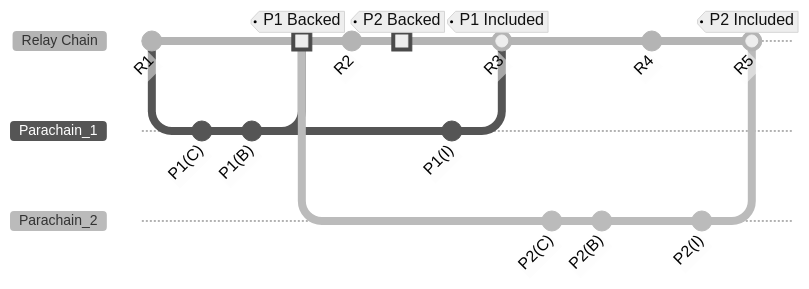
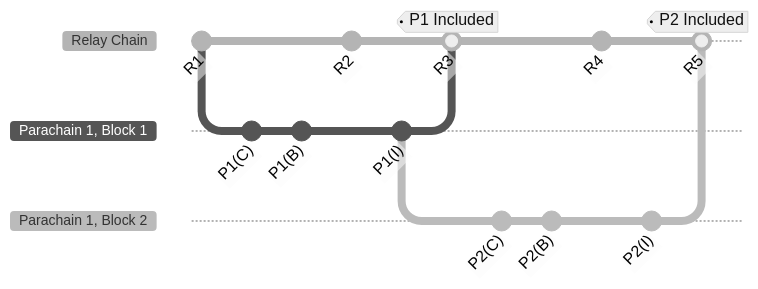
Before and after one commit to w3f/polkadot-wiki: the first of 2 diagrams in docs/learn/learn-async-backing.md, drawn with Mermaid. The commit also changed other lines of this file, not shown here.

Commit message:
fix diagram + clarify

````diff
--- a/docs/learn/learn-async-backing.md
+++ b/docs/learn/learn-async-backing.md
@@ -54,30 +54,25 @@
 ```mermaid
 %%{init: { 'logLevel': 'debug', 'theme': 'neutral', 'themeVariables': { 'fontSize': '14px', 'commitLabelFontSize': '16px', 'tagLabelFontSize': '16px' }, 'gitGraph': {'showBranches': true, 'showCommitLabel':true,'mainBranchName': 'Relay Chain'}} }%%
 gitGraph
 commit id:"R1"
-branch Parachain_1 order: 2
+branch "Parachain 1, Block 1" order: 2
 commit id:"P1(C)"
 commit id:"P1(B)"
 checkout "Relay Chain"
-merge Parachain_1 tag:"P1 Backed" type:HIGHLIGHT
-branch Parachain_2 order: 3
-checkout "Relay Chain"
 commit id:"R2"
 checkout "Relay Chain"
-merge Parachain_2 tag:"P2 Backed" type:HIGHLIGHT
-checkout Parachain_1
+checkout "Parachain 1, Block 1"
 commit id:"P1(I)"
+branch "Parachain 1, Block 2" order: 3
 checkout "Relay Chain"
-merge Parachain_1 tag:"P1 Included" id:"R3"
-checkout Parachain_2
+merge "Parachain 1, Block 1" tag:"P1 Included" id:"R3"
+checkout "Parachain 1, Block 2"
 commit id:"P2(C)"
 commit id:"P2(B)"
-
-
 checkout "Relay Chain"
 commit id:"R4"
-checkout Parachain_2
+checkout "Parachain 1, Block 2"
 commit id:"P2(I)"
 checkout "Relay Chain"
-merge Parachain_2 tag:"P2 Included" id:"R5"
+merge "Parachain 1, Block 2" tag:"P2 Included" id:"R5"
 ```
````
